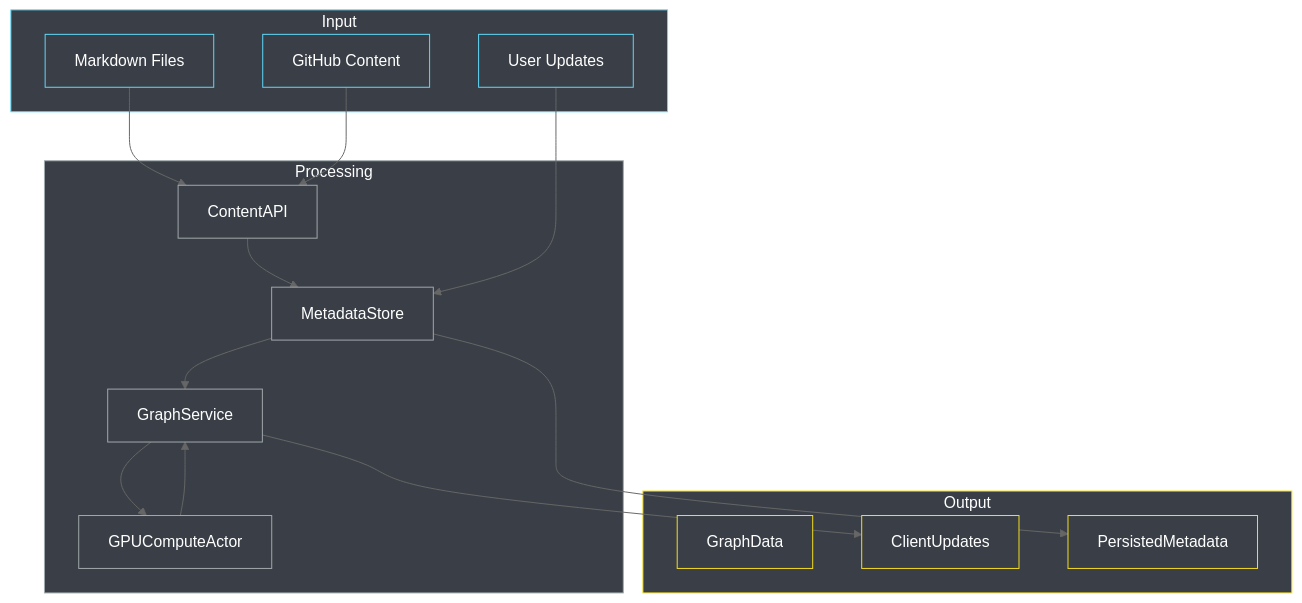
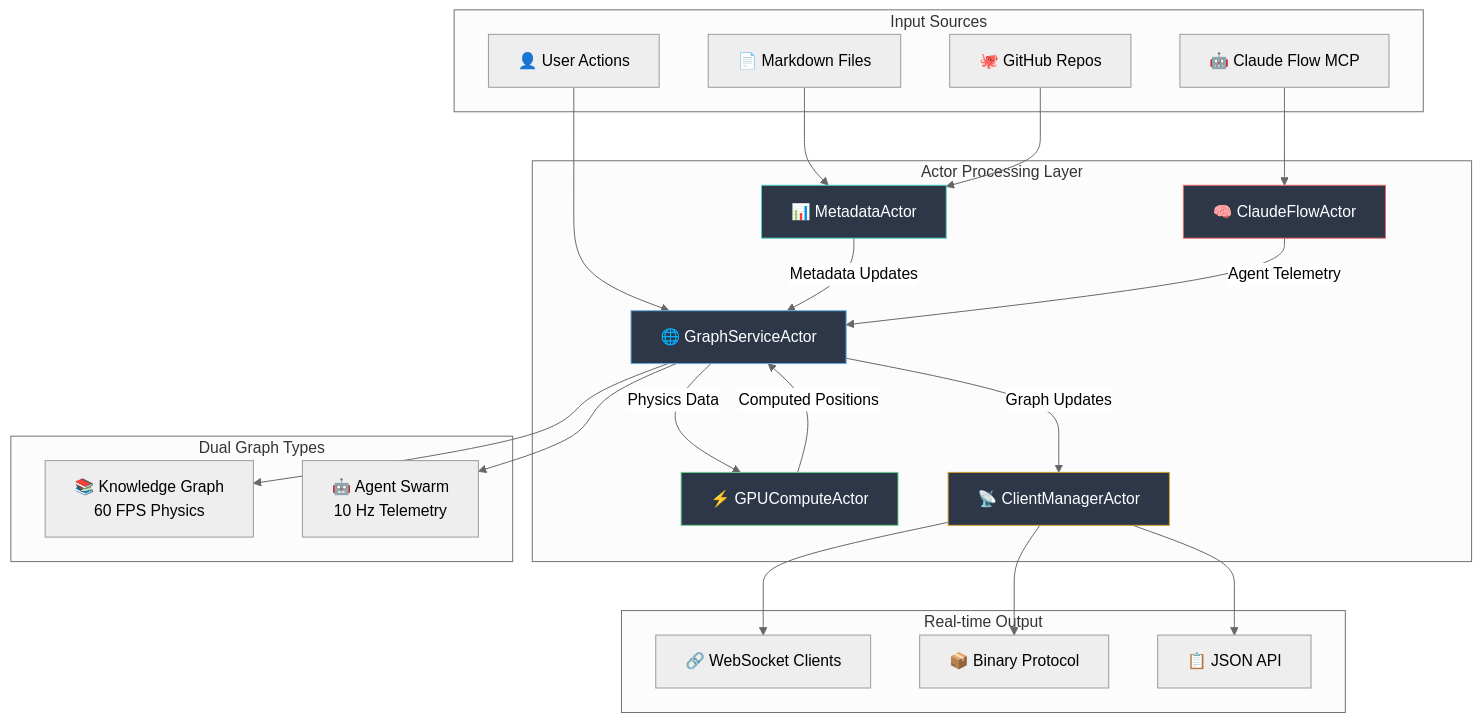
One commit to DreamLab-AI/VisionFlow changed the second of 3 diagrams in docs/server/architecture.md. Above: the diagram before and after it, drawn with Mermaid (neutral theme). The commit also changed other lines of this file and 22 other files, not shown here.

````diff
--- a/docs/server/architecture.md
+++ b/docs/server/architecture.md
@@ -129,45 +310,52 @@
 ```mermaid
-flowchart TB
-    subgraph Input
-        MarkdownFiles["Markdown Files"]
-        UserUpdates["User Updates"]
-        GitHubContent["GitHub Content"]
+graph TB
+    subgraph "Input Sources"
+        MD["📄 Markdown Files"]
+        GH["🐙 GitHub Repos"]
+        MCP["🤖 Claude Flow MCP"]
+        USER["👤 User Actions"]
     end
-
-    subgraph Processing
-        ContentAPI["ContentAPI"]
-        MetadataStore["MetadataStore"]
-        GraphService["GraphService"]
-        GPUComputeActor["GPUComputeActor"]
+    
+    subgraph "Actor Processing Layer"
+        MA["📊 MetadataActor"]
+        CFA["🧠 ClaudeFlowActor"]
+        GSA["🌐 GraphServiceActor"]
+        GCA["⚡ GPUComputeActor"]
+        CMA["📡 ClientManagerActor"]
     end
-
-    subgraph Output
-        GraphData["GraphData"]
-        ClientUpdates["ClientUpdates"]
-        PersistedMetadata["PersistedMetadata"]
+    
+    subgraph "Dual Graph Types"
+        KG["📚 Knowledge Graph<br/>60 FPS Physics"]
+        AG["🤖 Agent Swarm<br/>10 Hz Telemetry"]
     end
-
-    MarkdownFiles --> ContentAPI
-    GitHubContent --> ContentAPI
-    ContentAPI --> MetadataStore
-    UserUpdates --> MetadataStore
-    MetadataStore --> GraphService
-    GraphService --> GPUComputeActor
-    GPUComputeActor --> GraphService
-    GraphService --> ClientUpdates
-    MetadataStore --> PersistedMetadata
-
-    style Input fill:#3A3F47,stroke:#61DAFB,color:#FFFFFF
-    style Processing fill:#3A3F47,stroke:#A2AAAD,color:#FFFFFF
-    style Output fill:#3A3F47,stroke:#F7DF1E,color:#FFFFFF
-    style MarkdownFiles fill:#3A3F47,stroke:#61DAFB,color:#FFFFFF
-    style UserUpdates fill:#3A3F47,stroke:#61DAFB,color:#FFFFFF
-    style GitHubContent fill:#3A3F47,stroke:#61DAFB,color:#FFFFFF
-    style ContentAPI fill:#3A3F47,stroke:#A2AAAD,color:#FFFFFF
-    style MetadataStore fill:#3A3F47,stroke:#A2AAAD,color:#FFFFFF
-    style GraphService fill:#3A3F47,stroke:#A2AAAD,color:#FFFFFF
-    style GPUComputeActor fill:#3A3F47,stroke:#A2AAAD,color:#FFFFFF
-    style GraphData fill:#3A3F47,stroke:#F7DF1E,color:#FFFFFF
-    style ClientUpdates fill:#3A3F47,stroke:#F7DF1E,color:#FFFFFF
-    style PersistedMetadata fill:#3A3F47,stroke:#F7DF1E,color:#FFFFFF
+    
+    subgraph "Real-time Output"
+        WS["🔗 WebSocket Clients"]
+        BIN["📦 Binary Protocol"]
+        JSON["📋 JSON API"]
+    end
+    
+    MD --> MA
+    GH --> MA
+    MCP --> CFA
+    USER --> GSA
+    
+    MA --> |"Metadata Updates"| GSA
+    CFA --> |"Agent Telemetry"| GSA
+    GSA --> |"Physics Data"| GCA
+    GCA --> |"Computed Positions"| GSA
+    GSA --> |"Graph Updates"| CMA
+    
+    GSA --> KG
+    GSA --> AG
+    
+    CMA --> WS
+    CMA --> BIN
+    CMA --> JSON
+    
+    style MA fill:#2D3748,stroke:#4FD1C7,color:#FFFFFF
+    style CFA fill:#2D3748,stroke:#F56565,color:#FFFFFF
+    style GSA fill:#2D3748,stroke:#63B3ED,color:#FFFFFF
+    style GCA fill:#2D3748,stroke:#68D391,color:#FFFFFF
+    style CMA fill:#2D3748,stroke:#D69E2E,color:#FFFFFF
 ```
````
